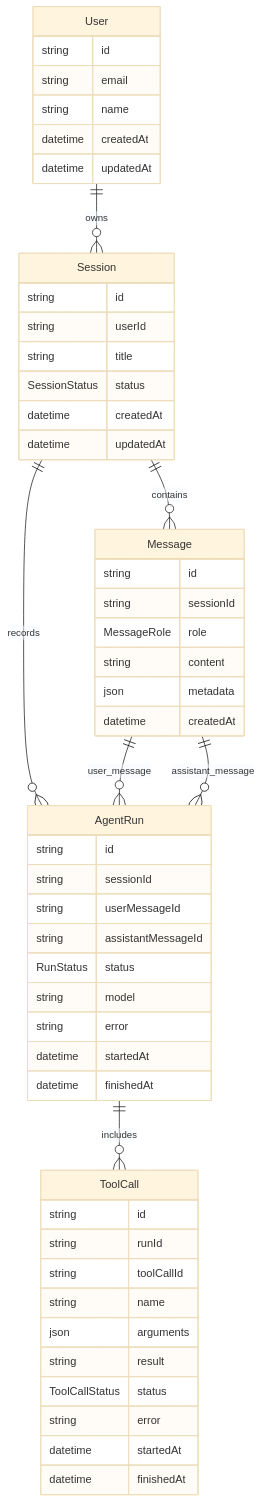
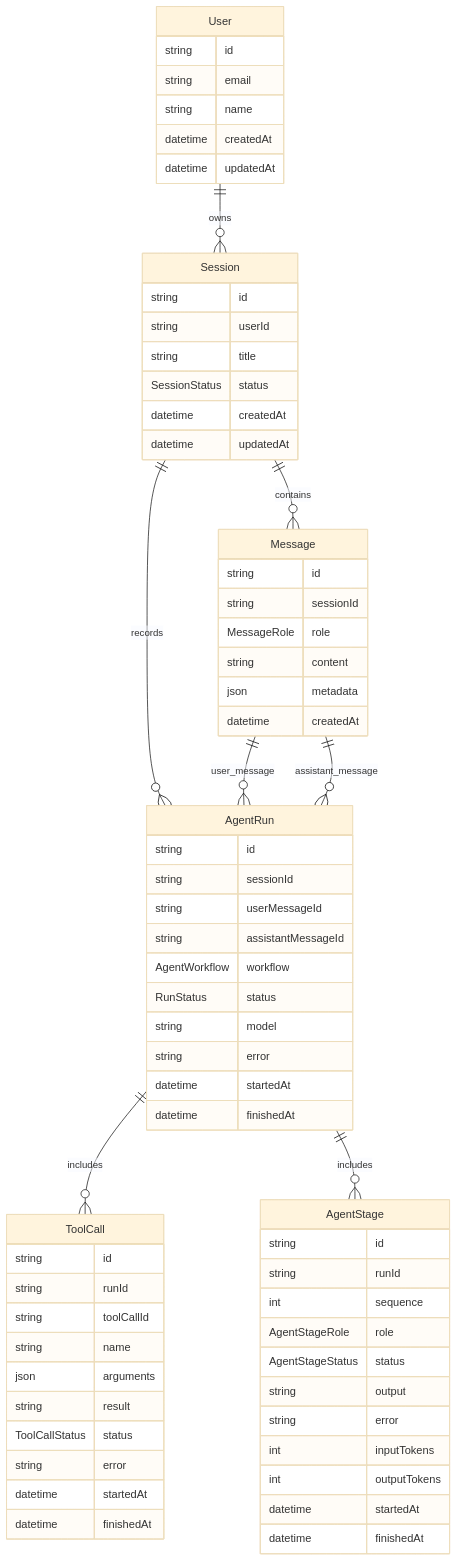
The third of 3 diagrams in docs/ARCHITECTURE.md (slince-zero/ai-agent-pro), drawn with Mermaid (base theme) before and after one commit. The commit also changed other lines of this file and 19 other files, not shown here.

Commit message:
feat add multi-agent workflow (#61)

````diff
--- a/docs/ARCHITECTURE.md
+++ b/docs/ARCHITECTURE.md
@@ -92,60 +95,76 @@
 ```mermaid
 erDiagram
   User ||--o{ Session : owns
   Session ||--o{ Message : contains
   Session ||--o{ AgentRun : records
   Message ||--o{ AgentRun : user_message
   Message ||--o{ AgentRun : assistant_message
   AgentRun ||--o{ ToolCall : includes
+  AgentRun ||--o{ AgentStage : includes
 
   User {
     string id
     string email
     string name
     datetime createdAt
     datetime updatedAt
   }
 
   Session {
     string id
     string userId
     string title
     SessionStatus status
     datetime createdAt
     datetime updatedAt
   }
 
   Message {
     string id
     string sessionId
     MessageRole role
     string content
     json metadata
     datetime createdAt
   }
 
   AgentRun {
     string id
     string sessionId
     string userMessageId
     string assistantMessageId
+    AgentWorkflow workflow
     RunStatus status
     string model
     string error
+    datetime startedAt
+    datetime finishedAt
+  }
+
+  AgentStage {
+    string id
+    string runId
+    int sequence
+    AgentStageRole role
+    AgentStageStatus status
+    string output
+    string error
+    int inputTokens
+    int outputTokens
     datetime startedAt
     datetime finishedAt
   }
 
   ToolCall {
     string id
     string runId
     string toolCallId
     string name
     json arguments
     string result
     ToolCallStatus status
     string error
     datetime startedAt
     datetime finishedAt
   }
 ```
````
